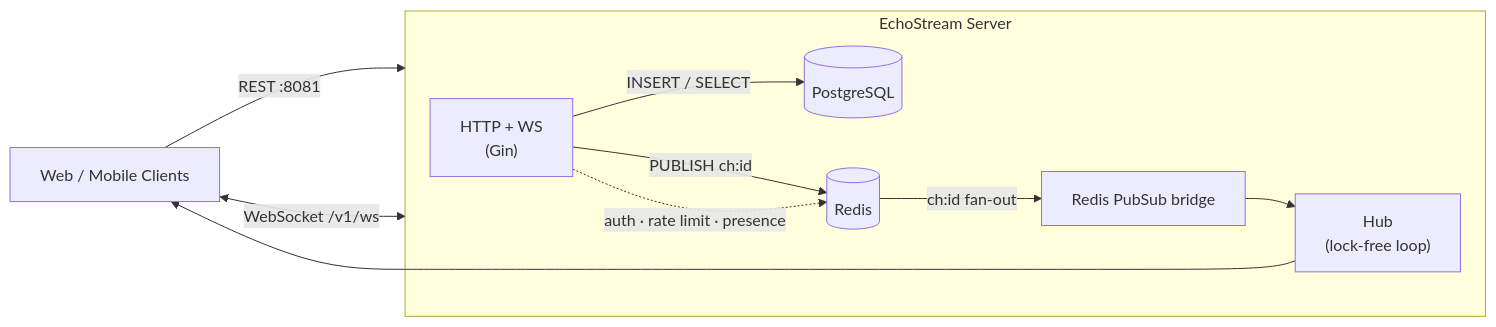
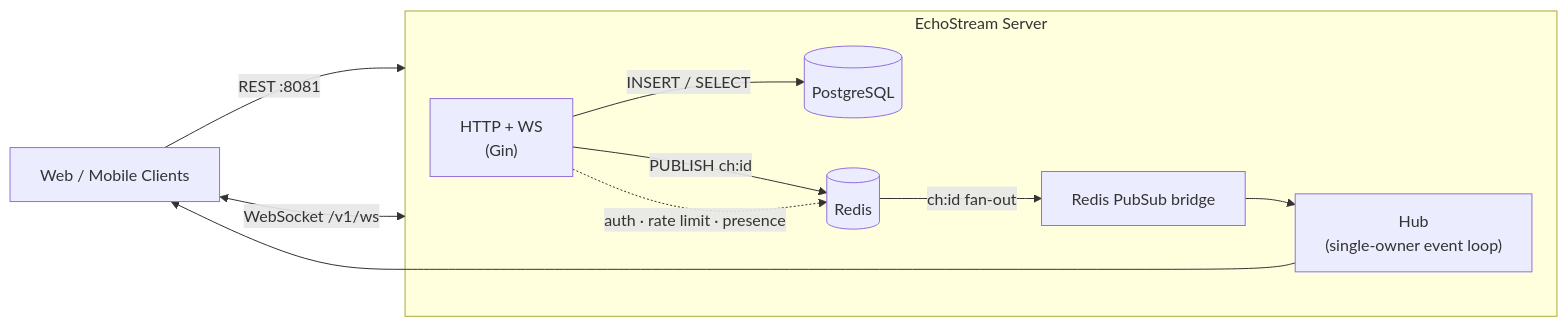
One commit to lalith-99/echostream changed the diagram in README.md. Above: the diagram before and after it, drawn with Mermaid. The commit also changed other lines of this file and 5 other files, not shown here.

````diff
--- a/README.md
+++ b/README.md
@@ -34,17 +34,17 @@
 ```mermaid
 graph LR
     web["Web / Mobile Clients"] -->|REST :8081| srv
     web <-->|WebSocket /v1/ws| srv
 
     subgraph srv["EchoStream Server"]
         api["HTTP + WS<br/>(Gin)"] -->|INSERT / SELECT| db
         api -->|PUBLISH ch:id| redis
-        hub["Hub<br/>(lock-free loop)"]
+        hub["Hub<br/>(single-owner event loop)"]
         bridge["Redis PubSub bridge"] --> hub
     end
 
     db[("PostgreSQL")]
     api -.->|auth · rate limit · presence| redis[("Redis")]
     redis -->|ch:id fan-out| bridge
     hub --> web
 ```
````
